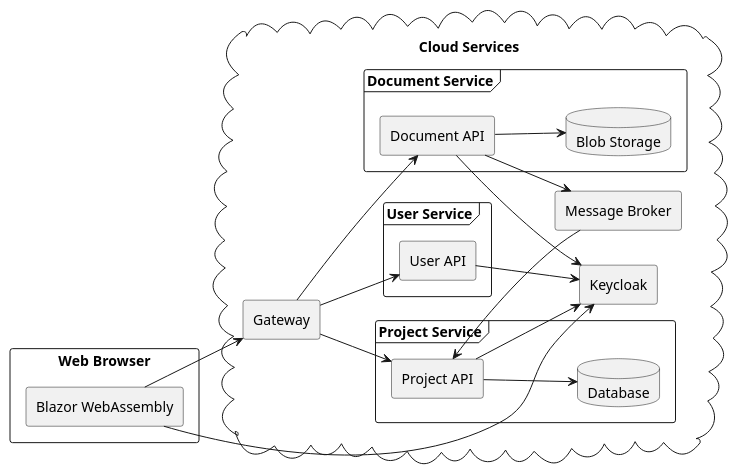
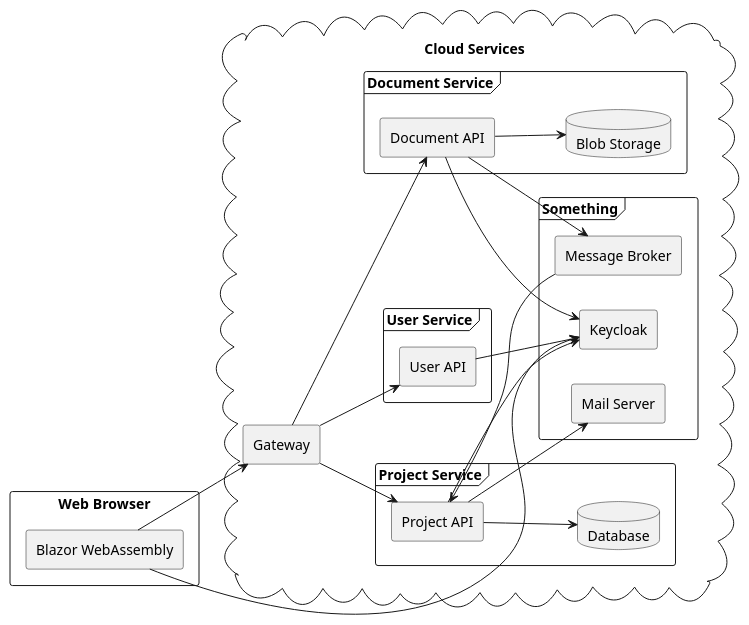
The diagram in doc/uml/architecture.puml (Kr0oked/DotnetProjectManagement), drawn with PlantUML before and after one commit. The commit also changed 4 other files, not shown here.

Commit message:
More UML diagrams

```diff
--- a/doc/uml/architecture.puml
+++ b/doc/uml/architecture.puml
@@ -1,47 +1,51 @@
 @startuml
 left to right direction
 
 rectangle "Web Browser" {
     agent "Blazor WebAssembly" as BlazorWebAssembly
 }
 
 cloud "Cloud Services" {
 
     agent Gateway
 
     frame "Project Service" {
         agent "Project API" as ProjectAPI
         database "Database" as ProjectDB
     }
 
     frame "User Service" {
         agent "User API" as UserAPI
     }
 
     frame "Document Service" {
         agent "Document API" as DocumentAPI
         database "Blob Storage" as DocumentDB
     }
 
+frame Something {
     agent Keycloak
     agent "Message Broker" as MessageBroker
+    agent "Mail Server" as MailServer
+}
 }
 
 BlazorWebAssembly --> Gateway
 BlazorWebAssembly --> Keycloak
 
 Gateway --> ProjectAPI
 Gateway --> UserAPI
 Gateway --> DocumentAPI
 
 ProjectAPI --> ProjectDB
 ProjectAPI --> Keycloak
 ProjectAPI <-- MessageBroker
+ProjectAPI --> MailServer
 
 UserAPI --> Keycloak
 
 DocumentAPI --> Keycloak
 DocumentAPI --> DocumentDB
 DocumentAPI --> MessageBroker
 
 @enduml
```
